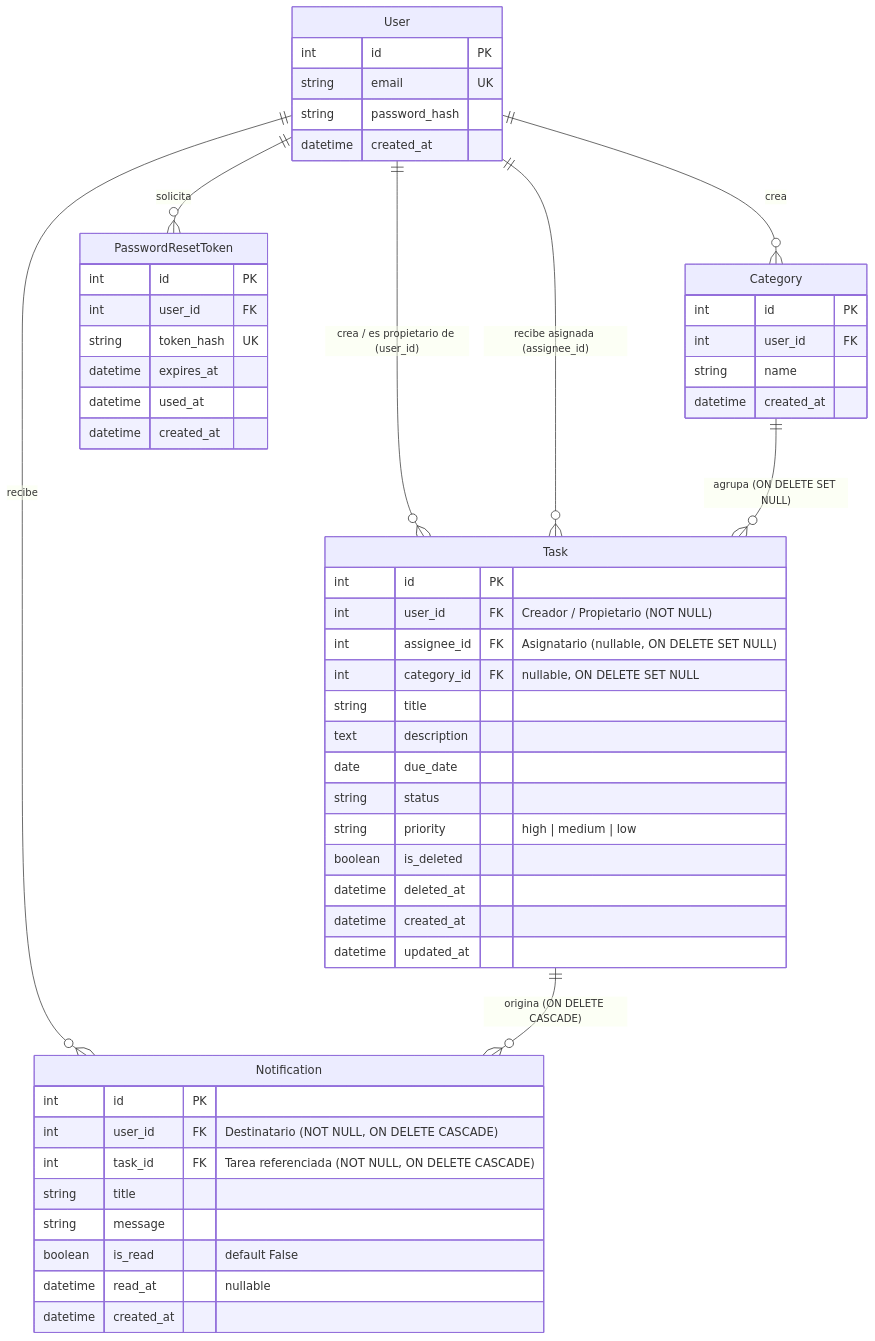
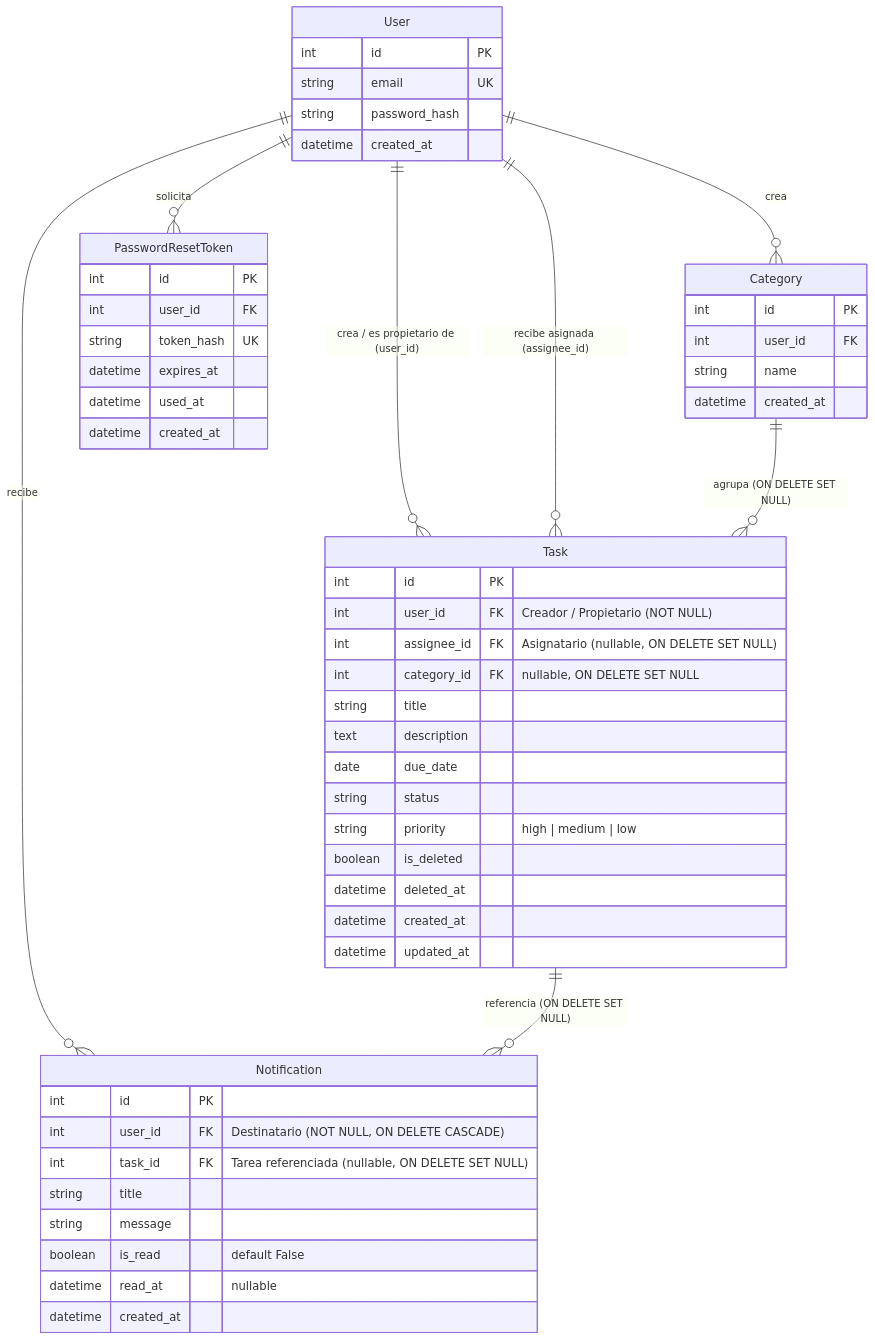
The diagram in specs/004-user-collaboration/data-model.md (juanexzedh/FinalSDD-TecnologiasDisruptivas), drawn with Mermaid before and after one commit. The commit also changed other lines of this file and 4 other files, not shown here.

````diff
--- a/specs/004-user-collaboration/data-model.md
+++ b/specs/004-user-collaboration/data-model.md
@@ -11,60 +11,60 @@
 ```mermaid
 erDiagram
     User ||--o{ Task : "crea / es propietario de (user_id)"
     User ||--o{ Task : "recibe asignada (assignee_id)"
     User ||--o{ Category : "crea"
     User ||--o{ Notification : "recibe"
     User ||--o{ PasswordResetToken : "solicita"
     Category ||--o{ Task : "agrupa (ON DELETE SET NULL)"
-    Task ||--o{ Notification : "origina (ON DELETE CASCADE)"
+    Task ||--o{ Notification : "referencia (ON DELETE SET NULL)"
 
     User {
         int id PK
         string email UK
         string password_hash
         datetime created_at
     }
 
     Category {
         int id PK
         int user_id FK
         string name
         datetime created_at
     }
 
     Task {
         int id PK
         int user_id FK "Creador / Propietario (NOT NULL)"
         int assignee_id FK "Asignatario (nullable, ON DELETE SET NULL)"
         int category_id FK "nullable, ON DELETE SET NULL"
         string title
         text description
         date due_date
         string status
         string priority "high | medium | low"
         boolean is_deleted
         datetime deleted_at
         datetime created_at
         datetime updated_at
     }
 
     Notification {
         int id PK
         int user_id FK "Destinatario (NOT NULL, ON DELETE CASCADE)"
-        int task_id FK "Tarea referenciada (NOT NULL, ON DELETE CASCADE)"
+        int task_id FK "Tarea referenciada (nullable, ON DELETE SET NULL)"
         string title
         string message
         boolean is_read "default False"
         datetime read_at "nullable"
         datetime created_at
     }
 
     PasswordResetToken {
         int id PK
         int user_id FK
         string token_hash UK
         datetime expires_at
         datetime used_at
         datetime created_at
     }
 ```
````
